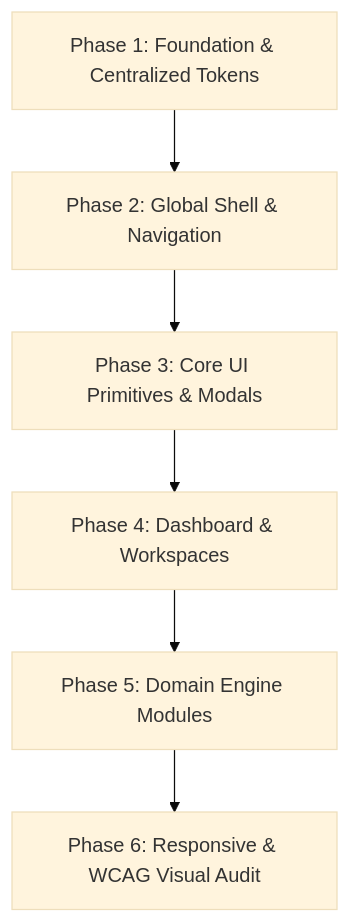
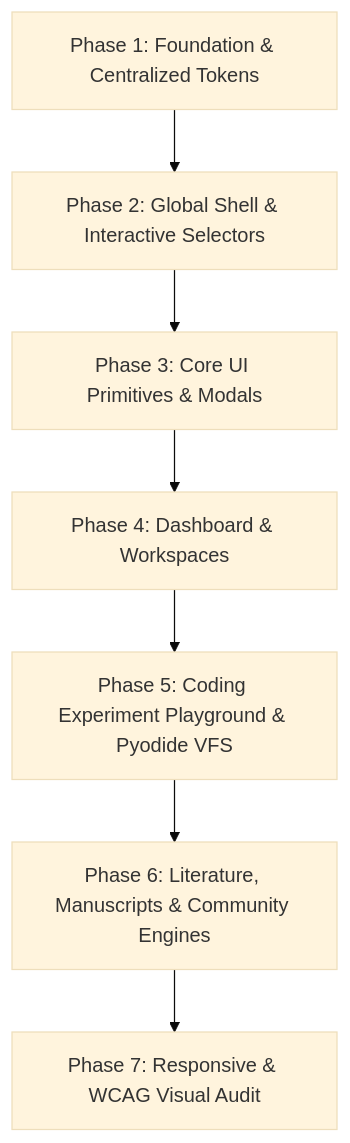
The diagram in UI_READABILITY_REFINEMENT_PLAN.md (GofranEmonKhan/ResearchOS_262), drawn with Mermaid (base theme) before and after one commit. The commit also changed other lines of this file and 2 other files, not shown here.

Commit message:
feat(tokens): add semantic text contrast tokens and UI readability plan

````diff
--- a/UI_READABILITY_REFINEMENT_PLAN.md
+++ b/UI_READABILITY_REFINEMENT_PLAN.md
@@ -68,8 +71,9 @@
 ```mermaid
 flowchart TD
-    P1[Phase 1: Foundation & Centralized Tokens] --> P2[Phase 2: Global Shell & Navigation]
+    P1[Phase 1: Foundation & Centralized Tokens] --> P2[Phase 2: Global Shell & Interactive Selectors]
     P2 --> P3[Phase 3: Core UI Primitives & Modals]
     P3 --> P4[Phase 4: Dashboard & Workspaces]
-    P4 --> P5[Phase 5: Domain Engine Modules]
-    P5 --> P6[Phase 6: Responsive & WCAG Visual Audit]
+    P4 --> P5[Phase 5: Coding Experiment Playground & Pyodide VFS]
+    P5 --> P6[Phase 6: Literature, Manuscripts & Community Engines]
+    P6 --> P7[Phase 7: Responsive & WCAG Visual Audit]
 ```
````
